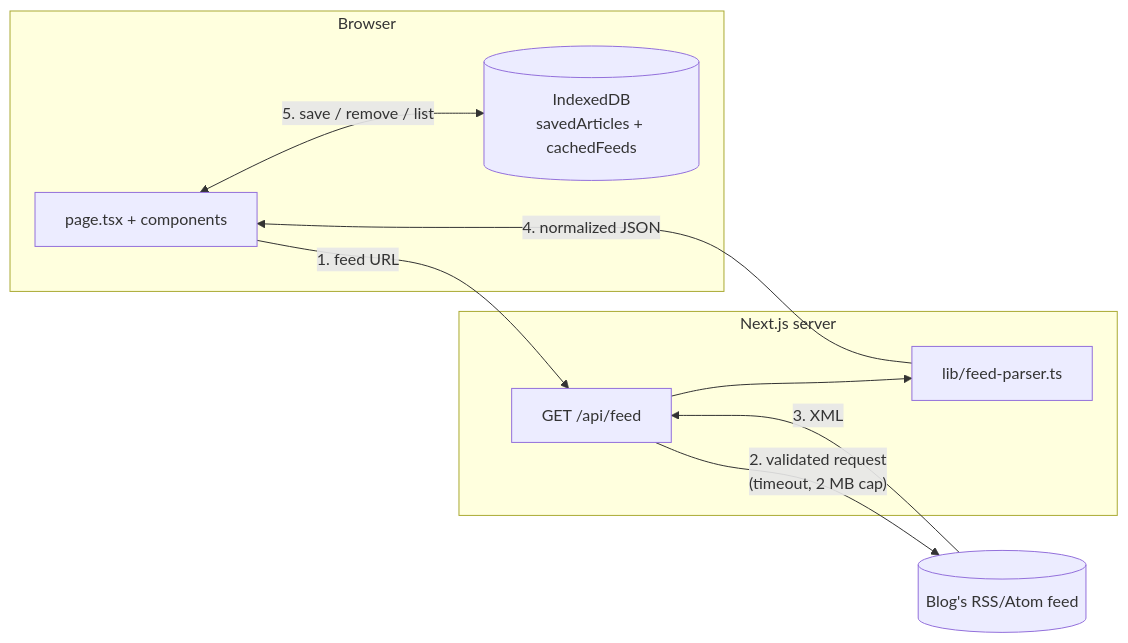
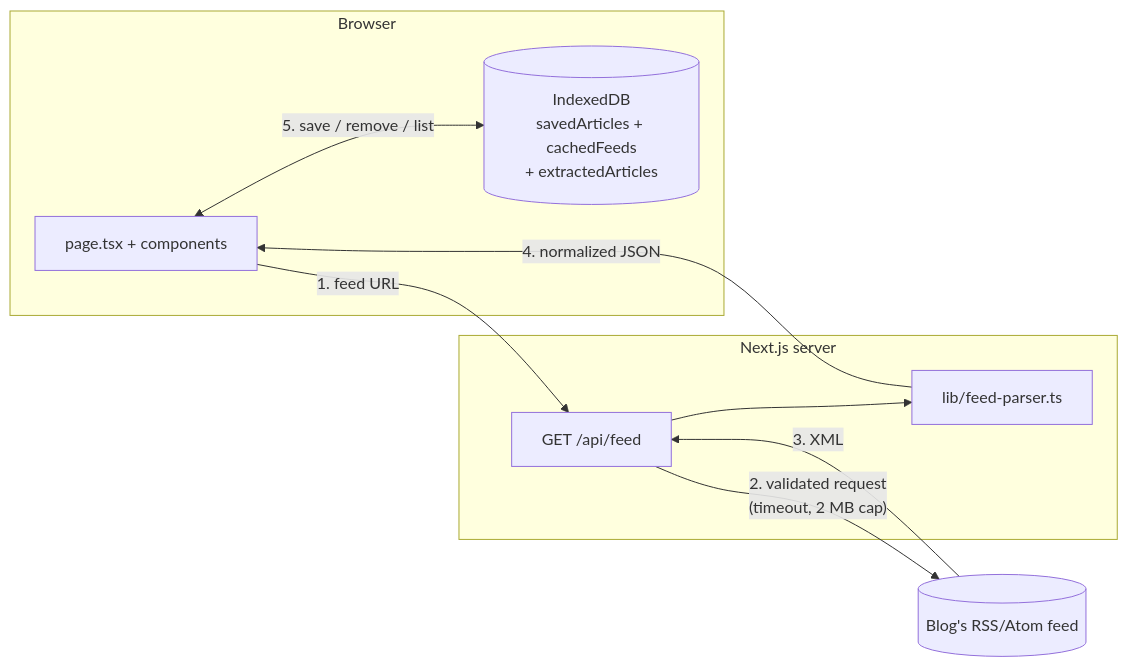
The diagram in nova-reader/README.md (PECathon-2026/Team-PF-ZM657), drawn with Mermaid before and after one commit. The commit also changed other lines of this file and 56 other files, not shown here.

````diff
--- a/nova-reader/README.md
+++ b/nova-reader/README.md
@@ -129,19 +150,19 @@
 ```mermaid
 flowchart LR
   subgraph Browser
     UI[page.tsx + components]
-    DB[(IndexedDB\nsavedArticles + cachedFeeds)]
+    DB[(IndexedDB\nsavedArticles + cachedFeeds\n+ extractedArticles)]
   end
   subgraph Server[Next.js server]
     API["GET /api/feed"]
     P[lib/feed-parser.ts]
   end
   Blog[(Blog's RSS/Atom feed)]
 
   UI -- "1. feed URL" --> API
   API -- "2. validated request\n(timeout, 2 MB cap)" --> Blog
   Blog -- "3. XML" --> API
   API --> P
   P -- "4. normalized JSON" --> UI
   UI <-- "5. save / remove / list" --> DB
 ```
````
